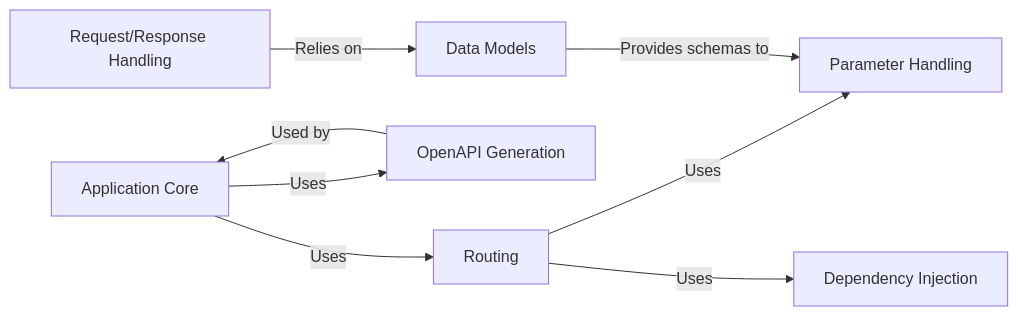
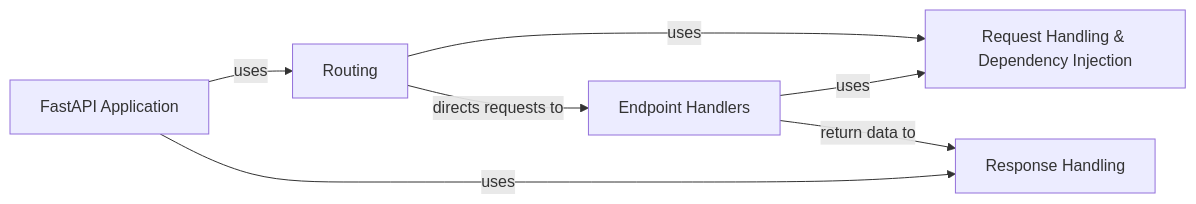
One commit to CodeBoarding/GeneratedOnBoardings changed the diagram in fastapi/on_boarding.md. Above: the diagram before and after it, drawn with Mermaid. The commit also changed other lines of this file and 8 other files, not shown here.

````diff
--- a/fastapi/on_boarding.md
+++ b/fastapi/on_boarding.md
@@ -1,23 +1,16 @@
 ```mermaid
 graph LR
-    Application_Core["Application Core"]
+    FastAPI_Application["FastAPI Application"]
     Routing["Routing"]
-    Dependency_Injection["Dependency Injection"]
-    Parameter_Handling["Parameter Handling"]
-    Request_Response_Handling["Request/Response Handling"]
-    Data_Models["Data Models"]
-    OpenAPI_Generation["OpenAPI Generation"]
-    Application_Core -- "Uses" --> Routing
-    Application_Core -- "Uses" --> OpenAPI_Generation
-    Routing -- "Uses" --> Dependency_Injection
-    Routing -- "Uses" --> Parameter_Handling
-    Request_Response_Handling -- "Relies on" --> Data_Models
-    Data_Models -- "Provides schemas to" --> Parameter_Handling
-    OpenAPI_Generation -- "Used by" --> Application_Core
-    click Routing href "https://github.com/CodeBoarding/GeneratedOnBoardings/blob/main/fastapi/Routing.md" "Details"
-    click Dependency_Injection href "https://github.com/CodeBoarding/GeneratedOnBoardings/blob/main/fastapi/Dependency_Injection.md" "Details"
-    click Parameter_Handling href "https://github.com/CodeBoarding/GeneratedOnBoardings/blob/main/fastapi/Parameter_Handling.md" "Details"
-    click Request_Response_Handling href "https://github.com/CodeBoarding/GeneratedOnBoardings/blob/main/fastapi/Request_Response_Handling.md" "Details"
-    click Data_Models href "https://github.com/CodeBoarding/GeneratedOnBoardings/blob/main/fastapi/Data_Models.md" "Details"
-    click OpenAPI_Generation href "https://github.com/CodeBoarding/GeneratedOnBoardings/blob/main/fastapi/OpenAPI_Generation.md" "Details"
+    Request_Handling_Dependency_Injection["Request Handling & Dependency Injection"]
+    Endpoint_Handlers["Endpoint Handlers"]
+    Response_Handling["Response Handling"]
+    FastAPI_Application -- "uses" --> Routing
+    Routing -- "uses" --> Request_Handling_Dependency_Injection
+    Routing -- "directs requests to" --> Endpoint_Handlers
+    Endpoint_Handlers -- "uses" --> Request_Handling_Dependency_Injection
+    Endpoint_Handlers -- "return data to" --> Response_Handling
+    FastAPI_Application -- "uses" --> Response_Handling
+    click Endpoint_Handlers href "https://github.com/CodeBoarding/GeneratedOnBoardings/blob/main/fastapi/Endpoint_Handlers.md" "Details"
+    click Response_Handling href "https://github.com/CodeBoarding/GeneratedOnBoardings/blob/main/fastapi/Response_Handling.md" "Details"
 ```
````
